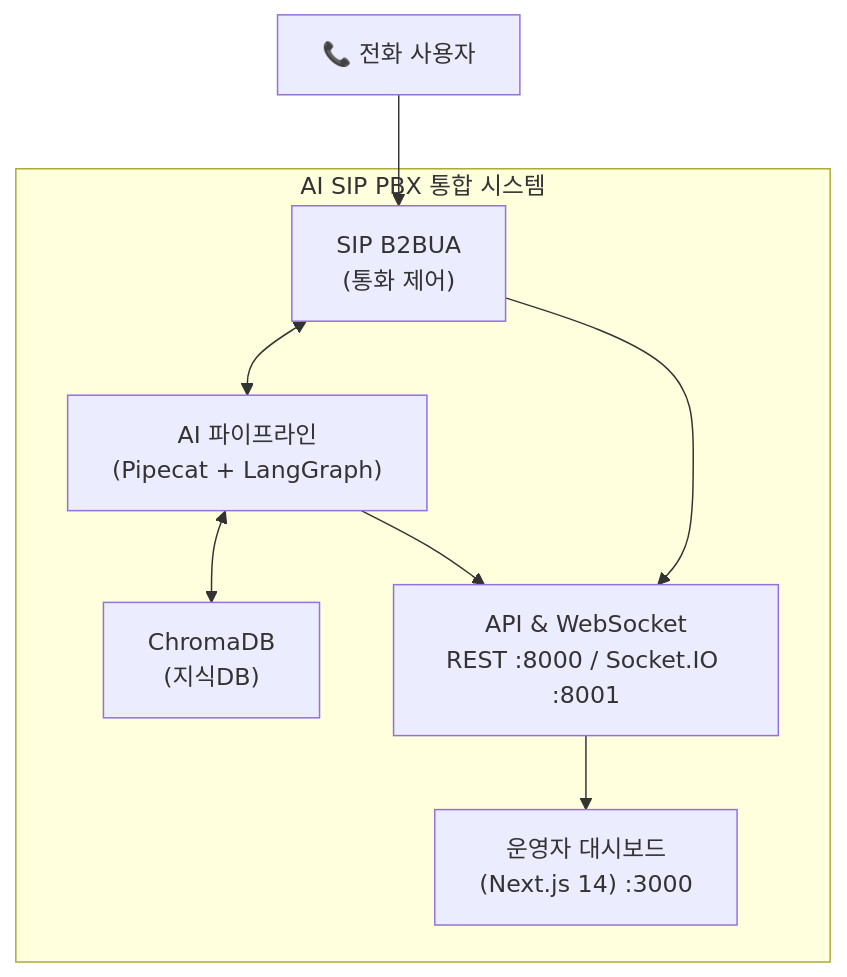
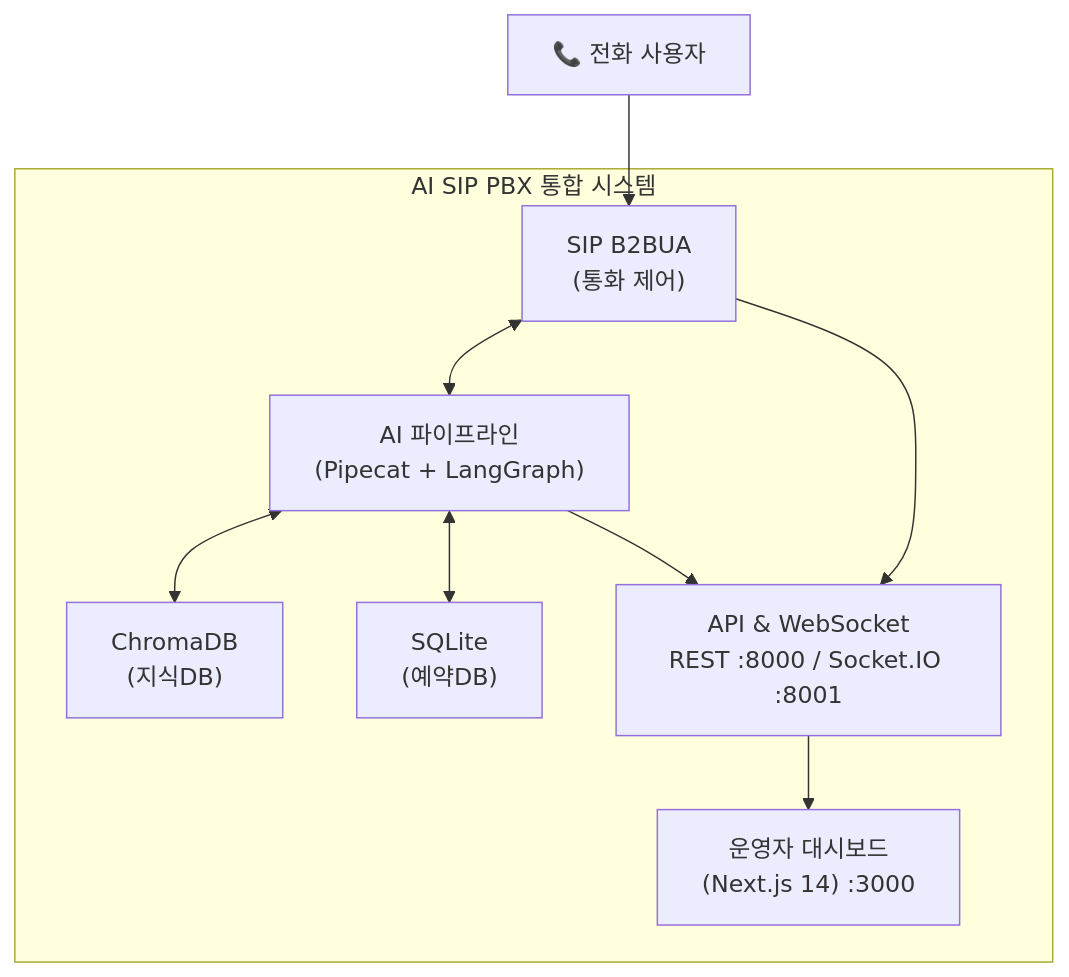
Before and after one commit to hak023/sip_pbx: the first of 6 diagrams in docs/presentation/PROJECT_BRIEF.md, drawn with Mermaid. The commit also changed other lines of this file and 344 other files, not shown here.

First line of the commit message:
docs: SYSTEM_OVERVIEW 재구성, Mermaid PNG/소스 및 리포트 추가

````diff
--- a/docs/presentation/PROJECT_BRIEF.md
+++ b/docs/presentation/PROJECT_BRIEF.md
@@ -203,18 +203,20 @@
 ```mermaid
 flowchart TB
     Phone["📞 전화 사용자"] --> B2BUA
 
     subgraph Core["AI SIP PBX 통합 시스템"]
         B2BUA["SIP B2BUA\n(통화 제어)"]
         AI["AI 파이프라인\n(Pipecat + LangGraph)"]
         DB["ChromaDB\n(지식DB)"]
+        SQLite["SQLite\n(예약DB)"]
         API["API & WebSocket\nREST :8000 / Socket.IO :8001"]
         Dashboard["운영자 대시보드\n(Next.js 14) :3000"]
 
         B2BUA <--> AI
         AI <--> DB
+        AI <--> SQLite
         B2BUA --> API
         AI --> API
         API --> Dashboard
     end
 ```
````
